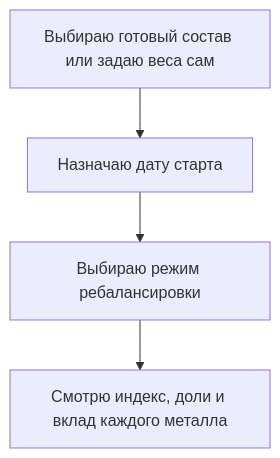
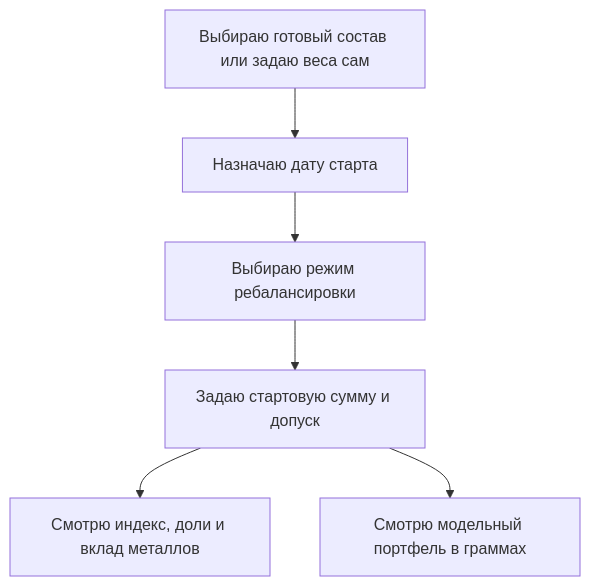
The second of 4 diagrams in content/guides/rukovodstvo-polzovatelia/kursy-valyut-i-dragmetallov/index.md (Red-Panda-Dev/tokenbel-wiki), drawn with Mermaid before and after one commit. The commit also changed other lines of this file, not shown here.

````diff
--- a/content/guides/rukovodstvo-polzovatelia/kursy-valyut-i-dragmetallov/index.md
+++ b/content/guides/rukovodstvo-polzovatelia/kursy-valyut-i-dragmetallov/index.md
@@ -247,6 +270,8 @@
 ```mermaid
 flowchart TD
     A[Выбираю готовый состав или задаю веса сам] --> B[Назначаю дату старта]
     B --> C[Выбираю режим ребалансировки]
-    C --> D[Смотрю индекс, доли и вклад каждого металла]
+    C --> D[Задаю стартовую сумму и допуск]
+    D --> E[Смотрю индекс, доли и вклад металлов]
+    D --> F[Смотрю модельный портфель в граммах]
 ```
````
